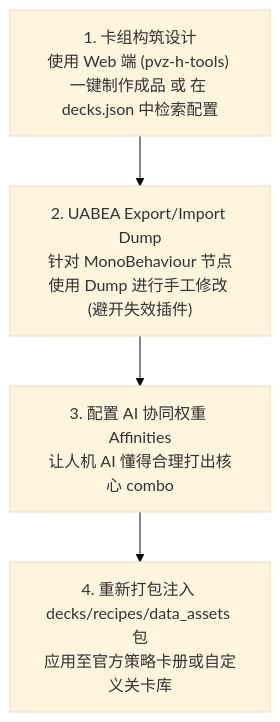
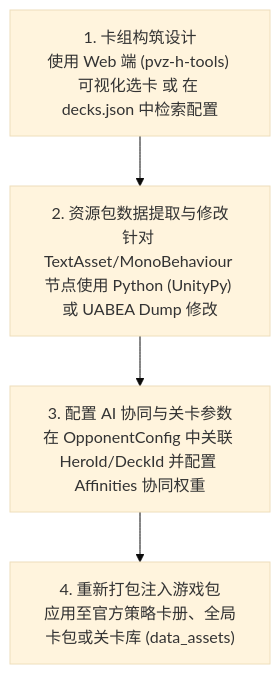
Before and after one commit to Show-o4210/PVZH-Library: the diagram in 10.卡组与AI构筑修改/README.md, drawn with Mermaid (base theme). The commit also changed other lines of this file and 12 other files, not shown here.

````diff
--- a/10.卡组与AI构筑修改/README.md
+++ b/10.卡组与AI构筑修改/README.md
@@ -22,6 +22,6 @@
 ```mermaid
 graph TD
-    A["1. 卡组构筑设计<br/>使用 Web 端 (pvz-h-tools) 一键制作成品 或 在 decks.json 中检索配置"] --> B["2. UABEA Export/Import Dump<br/>针对 MonoBehaviour 节点使用 Dump 进行手工修改 (避开失效插件)"]
-    B --> C["3. 配置 AI 协同权重 Affinities<br/>让人机 AI 懂得合理打出核心 combo"]
-    C --> D["4. 重新打包注入 decks/recipes/data_assets 包<br/>应用至官方策略卡册或自定义关卡库"]
+    A["1. 卡组构筑设计<br/>使用 Web 端 (pvz-h-tools) 可视化选卡 或 在 decks.json 中检索配置"] --> B["2. 资源包数据提取与修改<br/>针对 TextAsset/MonoBehaviour 节点使用 Python (UnityPy) 或 UABEA Dump 修改"]
+    B --> C["3. 配置 AI 协同与关卡参数<br/>在 OpponentConfig 中关联 HeroId/DeckId 并配置 Affinities 协同权重"]
+    C --> D["4. 重新打包注入游戏包<br/>应用至官方策略卡册、全局卡包或关卡库 (data_assets)"]
 ```
````
